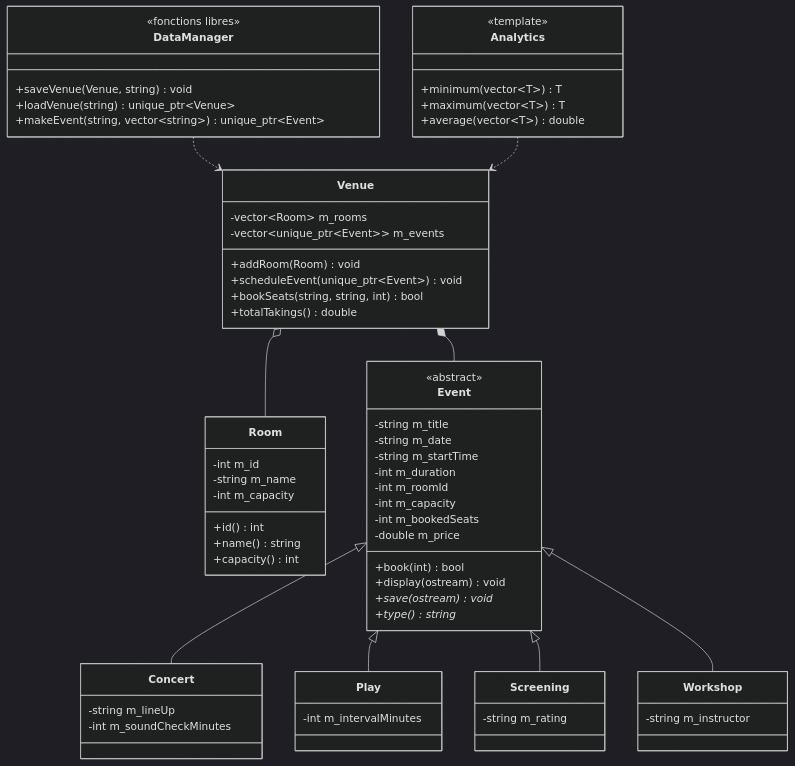
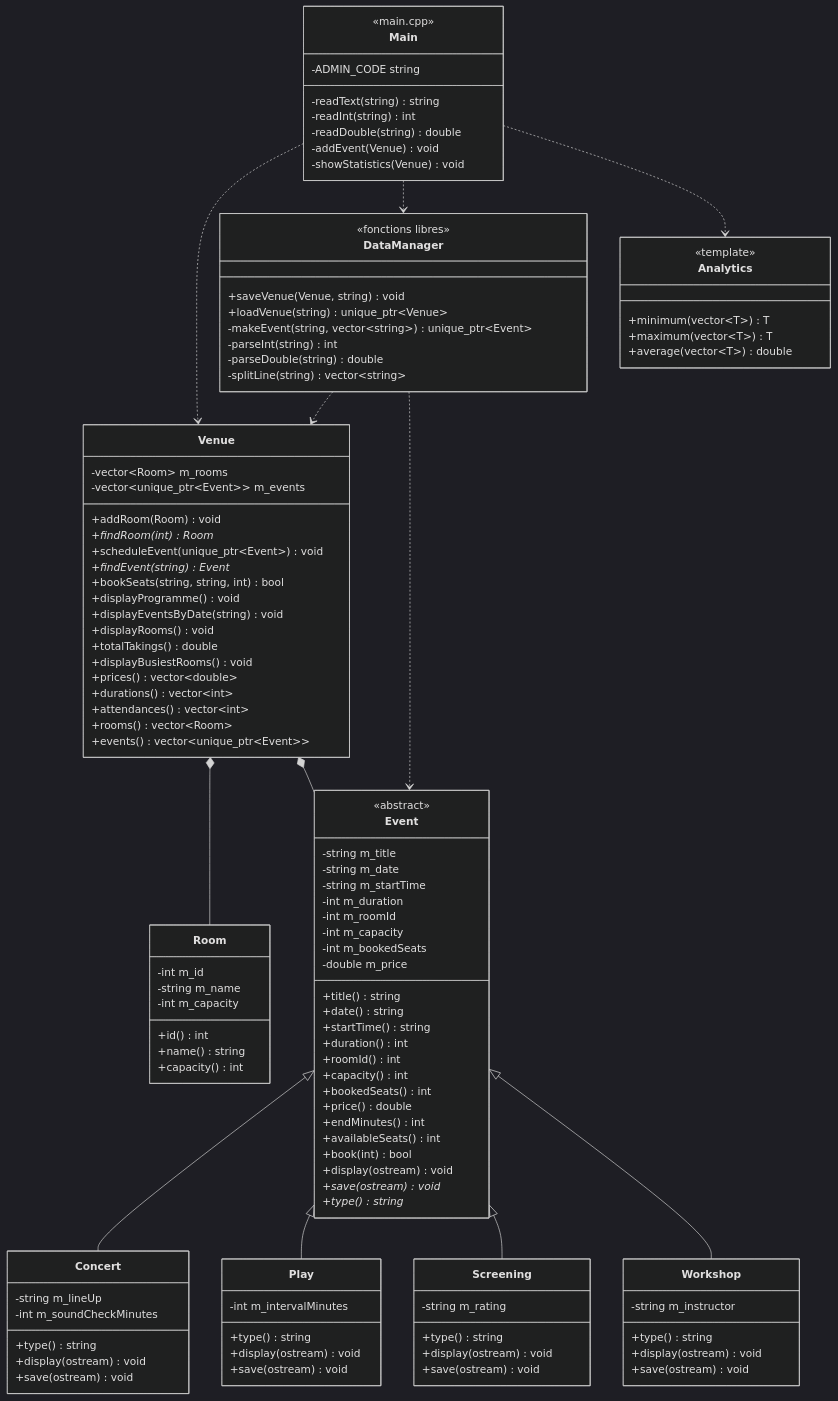
Before and after one commit to axelmonc/2CCPP_project: the diagram in UML.md, drawn with Mermaid (dark theme). The commit also changed other lines of this file and 1 other file, not shown here.

Commit message:
docs: complete UML.md and DECISIONS.md

````diff
--- a/UML.md
+++ b/UML.md
@@ -21,6 +21,16 @@
         -int m_capacity
         -int m_bookedSeats
         -double m_price
+        +title() string
+        +date() string
+        +startTime() string
+        +duration() int
+        +roomId() int
+        +capacity() int
+        +bookedSeats() int
+        +price() double
+        +endMinutes() int
+        +availableSeats() int
         +book(int) bool
         +display(ostream) void
         +save(ostream) void*
@@ -30,31 +40,57 @@
     class Concert {
         -string m_lineUp
         -int m_soundCheckMinutes
+        +type() string
+        +display(ostream) void
+        +save(ostream) void
     }
     class Play {
         -int m_intervalMinutes
+        +type() string
+        +display(ostream) void
+        +save(ostream) void
     }
     class Screening {
         -string m_rating
+        +type() string
+        +display(ostream) void
+        +save(ostream) void
     }
     class Workshop {
         -string m_instructor
+        +type() string
+        +display(ostream) void
+        +save(ostream) void
     }
 
     class Venue {
         -vector~Room~ m_rooms
         -vector~unique_ptr~Event~~ m_events
         +addRoom(Room) void
+        +findRoom(int) Room*
         +scheduleEvent(unique_ptr~Event~) void
+        +findEvent(string) Event*
         +bookSeats(string, string, int) bool
+        +displayProgramme() void
+        +displayEventsByDate(string) void
+        +displayRooms() void
         +totalTakings() double
+        +displayBusiestRooms() void
+        +prices() vector~double~
+        +durations() vector~int~
+        +attendances() vector~int~
+        +rooms() vector~Room~
+        +events() vector~unique_ptr~Event~~
     }
 
     class DataManager {
         <<fonctions libres>>
         +saveVenue(Venue, string) void
         +loadVenue(string) unique_ptr~Venue~
-        +makeEvent(string, vector~string~) unique_ptr~Event~
+        -makeEvent(string, vector~string~) unique_ptr~Event~
+        -parseInt(string) int
+        -parseDouble(string) double
+        -splitLine(string) vector~string~
     }
 
     class Analytics {
@@ -64,12 +100,25 @@
         +average(vector~T~) double
     }
 
+    class Main {
+        <<main.cpp>>
+        -ADMIN_CODE string
+        -readText(string) string
+        -readInt(string) int
+        -readDouble(string) double
+        -addEvent(Venue) void
+        -showStatistics(Venue) void
+    }
+
     Event <|-- Concert
     Event <|-- Play
     Event <|-- Screening
     Event <|-- Workshop
-    Venue o-- Room
+    Venue *-- Room
     Venue *-- Event
     DataManager ..> Venue
-    Analytics ..> Venue
+    DataManager ..> Event
+    Main ..> Venue
+    Main ..> DataManager
+    Main ..> Analytics
 ```
````
